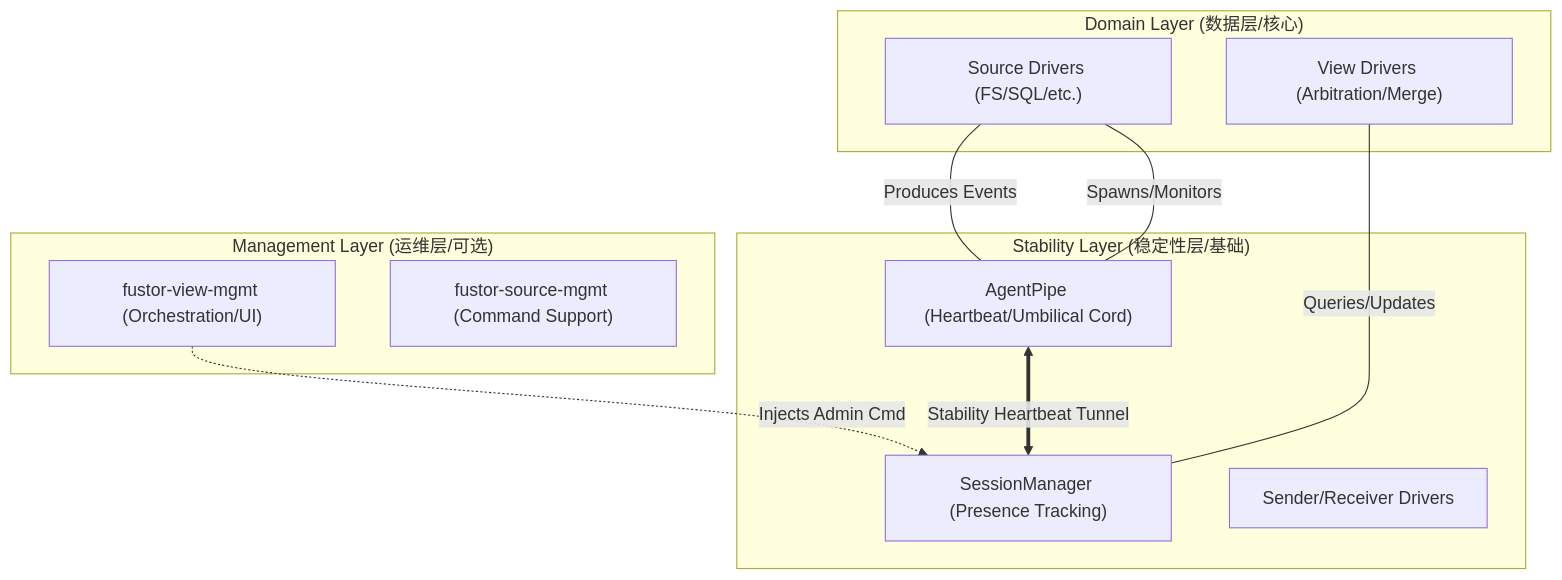
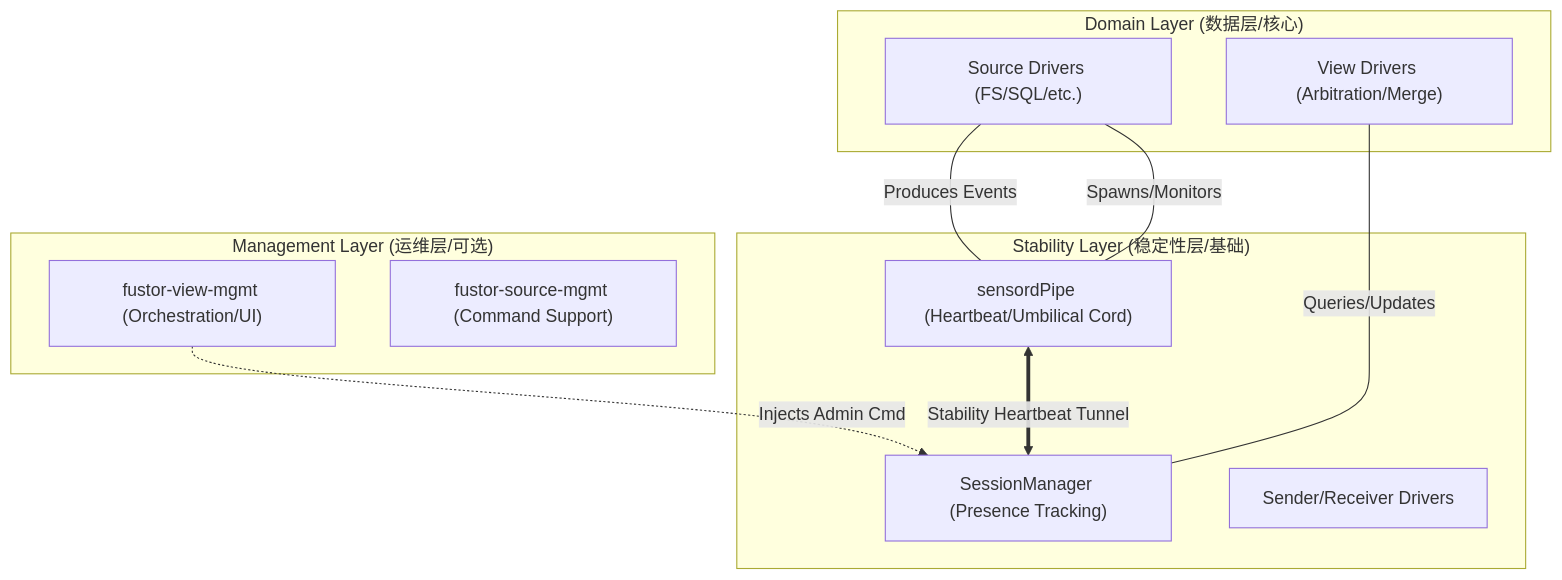
The diagram in specs/L2-ARCHITECTURE.md (excelwang/fustor-data-platform), drawn with Mermaid before and after one commit. The commit also changed other lines of this file and 13 other files, not shown here.

Commit message:
rename: agent->sensord

````diff
--- a/specs/L2-ARCHITECTURE.md
+++ b/specs/L2-ARCHITECTURE.md
@@ -18,25 +18,25 @@
 ```mermaid
 graph TD
     subgraph "Management Layer (运维层/可选)"
         L3_Fusion["fustor-view-mgmt (Orchestration/UI)"]
-        L3_Agent["fustor-source-mgmt (Command Support)"]
+        L3_sensord["fustor-source-mgmt (Command Support)"]
     end
 
     subgraph "Domain Layer (数据层/核心)"
         L2_Fusion["View Drivers (Arbitration/Merge)"]
-        L2_Agent["Source Drivers (FS/SQL/etc.)"]
+        L2_sensord["Source Drivers (FS/SQL/etc.)"]
     end
 
     subgraph "Stability Layer (稳定性层/基础)"
         L1_Session["SessionManager (Presence Tracking)"]
-        L1_AgentPipe["AgentPipe (Heartbeat/Umbilical Cord)"]
+        L1_sensordPipe["sensordPipe (Heartbeat/Umbilical Cord)"]
         L1_Transport["Sender/Receiver Drivers"]
     end
 
     %% Dependencies
     L3_Fusion -.->|Injects Admin Cmd| L1_Session
-    L1_AgentPipe <==>|Stability Heartbeat Tunnel| L1_Session
-    L1_AgentPipe ---|Spawns/Monitors| L2_Agent
-    L2_Agent ---|Produces Events| L1_AgentPipe
+    L1_sensordPipe <==>|Stability Heartbeat Tunnel| L1_Session
+    L1_sensordPipe ---|Spawns/Monitors| L2_sensord
+    L2_sensord ---|Produces Events| L1_sensordPipe
     L2_Fusion ---|Queries/Updates| L1_Session
 ```
````
